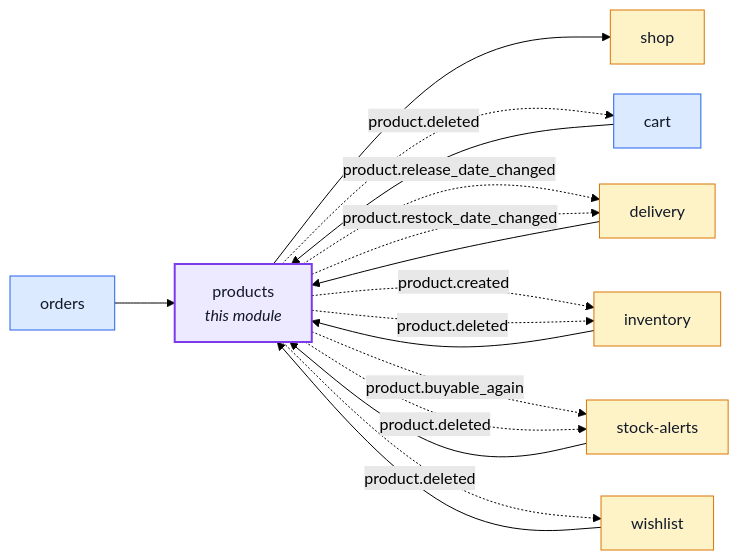
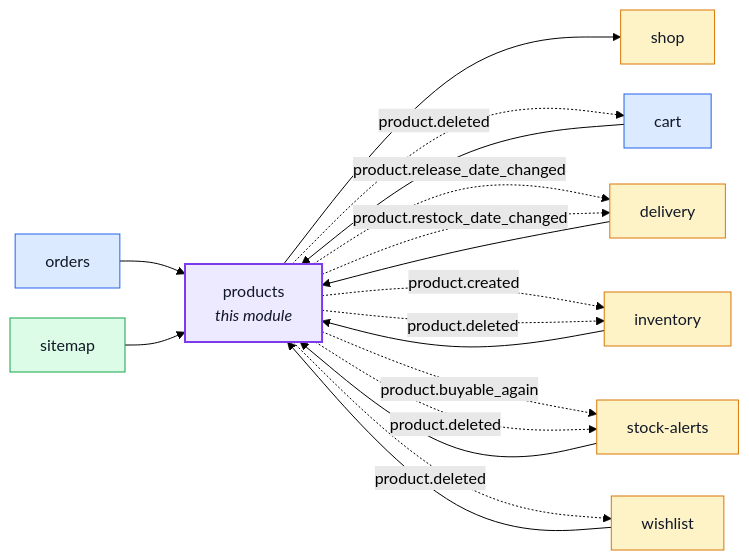
Before and after one commit to Guebbit/boilerplate-node-backend: the first of 4 diagrams in docs/modules/products.md, drawn with Mermaid (forest theme). The commit also changed 20 other files, not shown here.

````diff
--- a/docs/modules/products.md
+++ b/docs/modules/products.md
@@ -17,36 +17,39 @@
 ```mermaid
 %%{init: {'flowchart': {'nodeSpacing': 30, 'rankSpacing': 60}}}%%
 flowchart LR
     products["products<br/><i>this module</i>"]
     cart["cart"]
     delivery["delivery"]
     inventory["inventory"]
     orders["orders"]
     shop["shop"]
+    sitemap["sitemap"]
     stock_alerts["stock-alerts"]
     wishlist["wishlist"]
 
     cart --> products
     delivery --> products
     inventory --> products
     orders --> products
+    sitemap --> products
     stock_alerts --> products
     wishlist --> products
     products --> shop
     products -. "product.deleted" .-> cart
     products -. "product.release_date_changed" .-> delivery
     products -. "product.restock_date_changed" .-> delivery
     products -. "product.created" .-> inventory
     products -. "product.deleted" .-> inventory
     products -. "product.buyable_again" .-> stock_alerts
     products -. "product.deleted" .-> stock_alerts
     products -. "product.deleted" .-> wishlist
 
     classDef core fill:#dbeafe,stroke:#2563eb,color:#111827;
     classDef supporting fill:#fef3c7,stroke:#d97706,color:#111827;
     classDef generic fill:#dcfce7,stroke:#16a34a,color:#111827;
     classDef centre fill:#ede9fe,stroke:#7c3aed,stroke-width:2px,color:#111827;
     class cart,orders core;
     class delivery,inventory,shop,stock_alerts,wishlist supporting;
+    class sitemap generic;
     class products centre;
 ```
````
